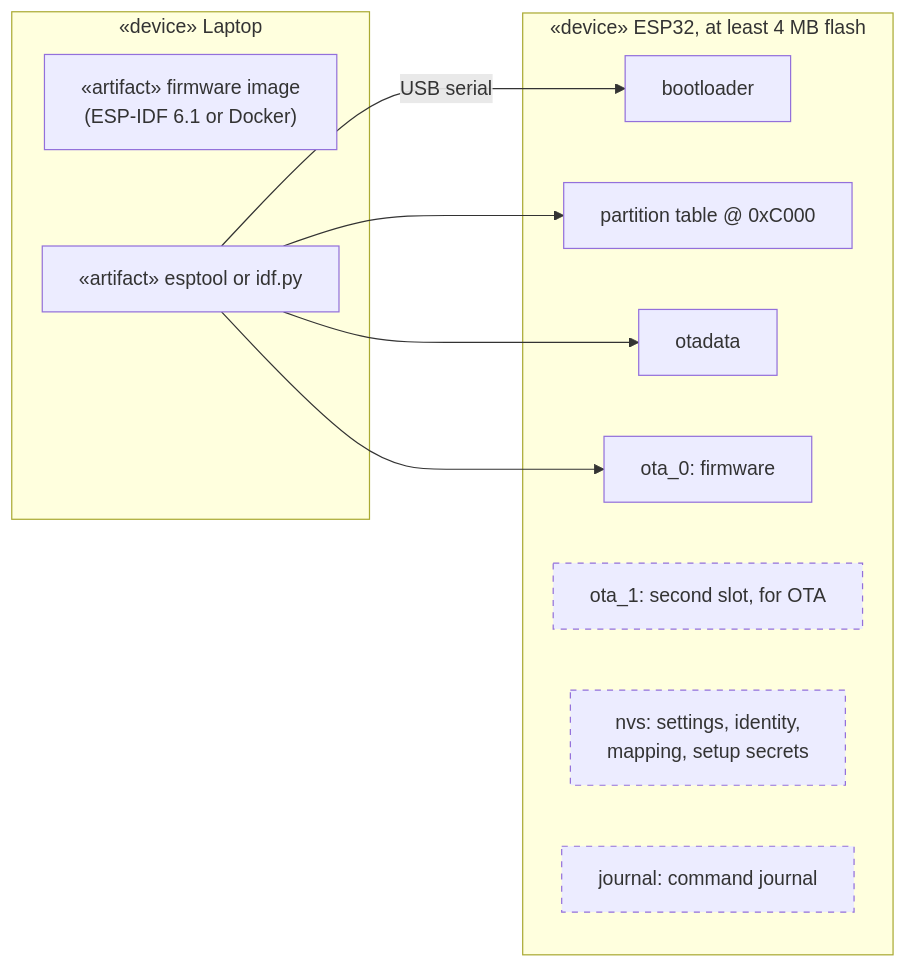
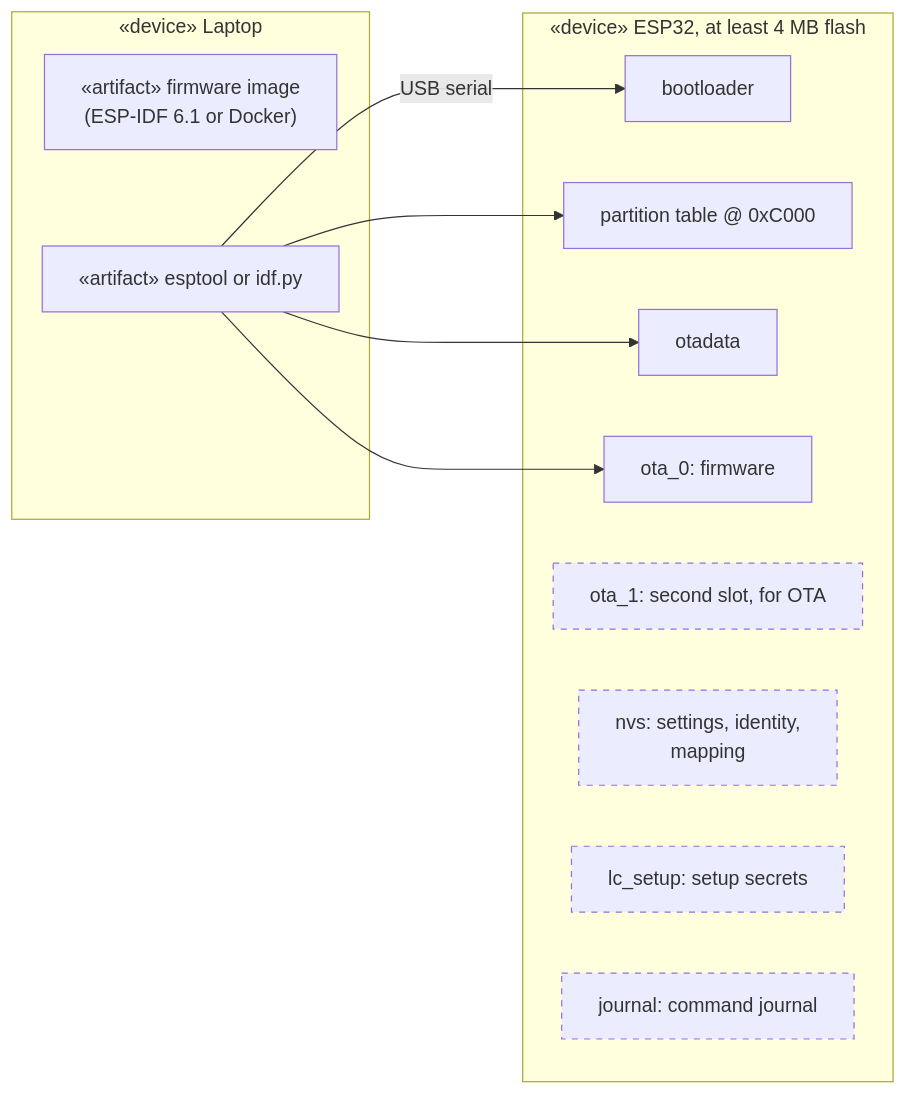
One commit to Open-Locker/Open-Locker changed the third of 3 diagrams in website/src/content/docs/dokumentation/esp32/flashing.md. Above: the diagram before and after it, drawn with Mermaid. The commit also changed other lines of this file and 128 other files, not shown here.

````diff
--- a/website/src/content/docs/dokumentation/esp32/flashing.md
+++ b/website/src/content/docs/dokumentation/esp32/flashing.md
@@ -346,22 +348,23 @@
 ```mermaid
 flowchart LR
     subgraph laptop["«device» Laptop"]
         idf["«artifact» firmware image<br/>(ESP-IDF 6.1 or Docker)"]
         esptool["«artifact» esptool or idf.py"]
     end
     subgraph esp["«device» ESP32, at least 4 MB flash"]
         boot["bootloader"]
         pt["partition table @ 0xC000"]
         ota["otadata"]
         app0["ota_0: firmware"]
         app1["ota_1: second slot, for OTA"]
-        nvs["nvs: settings, identity,<br/>mapping, setup secrets"]
+        nvs["nvs: settings, identity,<br/>mapping"]
+        setup["lc_setup: setup secrets"]
         journal["journal: command journal"]
     end
     esptool -- "USB serial" --> boot
     esptool --> pt
     esptool --> ota
     esptool --> app0
     classDef kept stroke-dasharray: 5 5
-    class nvs,journal,app1 kept
+    class nvs,setup,journal,app1 kept
 ```
````
